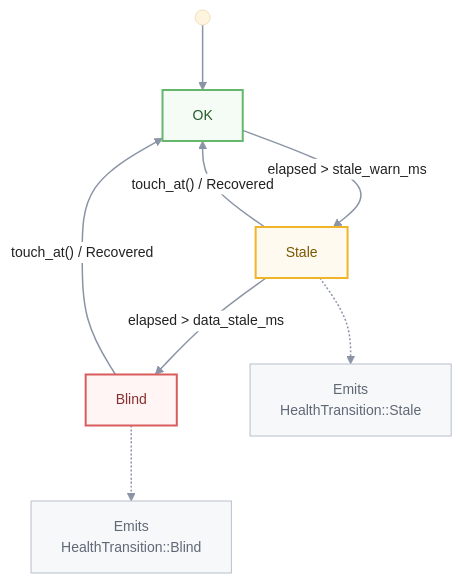
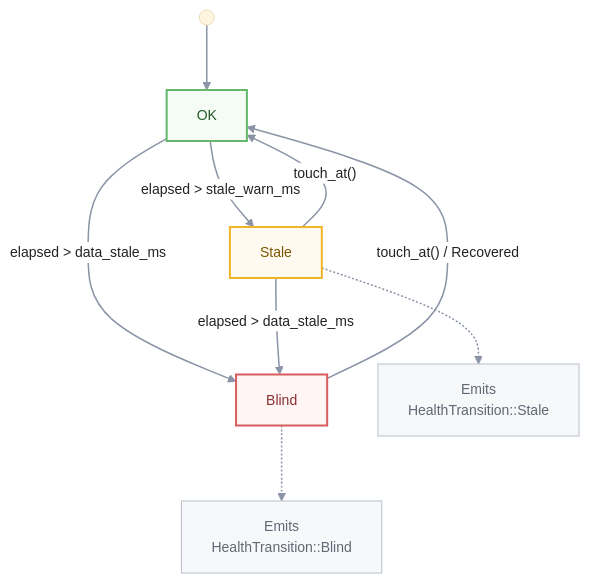
The third of 3 diagrams in docs/wiki/4.1-scan-loop-and-control-state.md (e7canasta/mana-lite), drawn with Mermaid before and after one commit. The commit also changed other lines of this file and 92 other files, not shown here.

````diff
--- a/docs/wiki/4.1-scan-loop-and-control-state.md
+++ b/docs/wiki/4.1-scan-loop-and-control-state.md
@@ -257,56 +257,57 @@
 ```mermaid
 %%{init: {
   "theme": "base",
   "themeVariables": {
     "fontFamily": "Inter, Arial, sans-serif",
     "fontSize": "14px",
     "primaryTextColor": "#222222",
     "lineColor": "#8A94A6",
     "edgeLabelBackground": "#FFFFFF"
   },
   "flowchart": {
     "curve": "basis",
     "nodeSpacing": 45,
     "rankSpacing": 65
   }
 }}%%
 
 flowchart TD
 
     START(( ))
 
     OK["OK"]
     STALE["Stale"]
     BLIND["Blind"]
 
     EMIT_STALE["Emits<br/>HealthTransition::Stale"]
     EMIT_BLIND["Emits<br/>HealthTransition::Blind"]
 
     START --> OK
 
     OK -->|"elapsed > stale_warn_ms"| STALE
-    STALE -->|"touch_at() / Recovered"| OK
+    STALE -->|"touch_at()"| OK
 
+    OK -->|"elapsed > data_stale_ms"| BLIND
     STALE -->|"elapsed > data_stale_ms"| BLIND
     BLIND -->|"touch_at() / Recovered"| OK
 
     STALE -.-> EMIT_STALE
     BLIND -.-> EMIT_BLIND
 
 
     %% Estados
     classDef okState fill:#F5FBF5,stroke:#65B86B,stroke-width:2px,color:#245C29
     classDef staleState fill:#FFFAF0,stroke:#F0B429,stroke-width:2px,color:#7A5700
     classDef blindState fill:#FFF5F5,stroke:#D95C5C,stroke-width:2px,color:#8A2F2F
 
     %% Eventos emitidos
     classDef eventNode fill:#F7F8FA,stroke:#B8C0CC,stroke-width:1px,color:#5F6875
 
     class OK okState
     class STALE staleState
     class BLIND blindState
 
     class EMIT_STALE,EMIT_BLIND eventNode
 
     linkStyle default stroke:#8A94A6,stroke-width:1.5px
 ```
````
